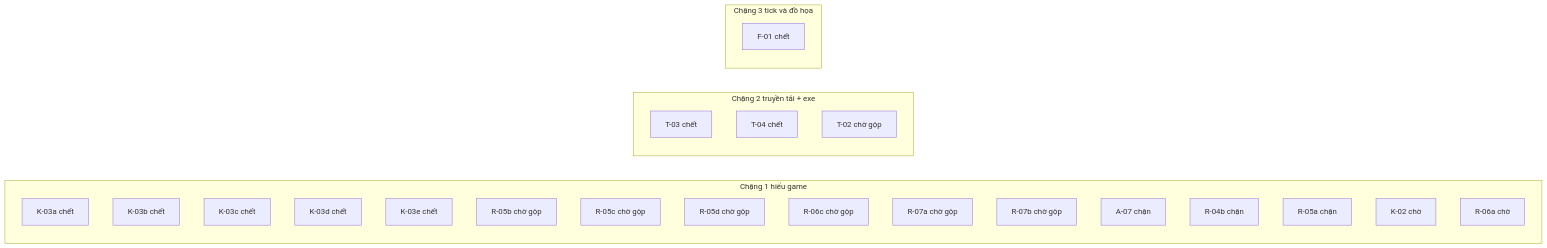
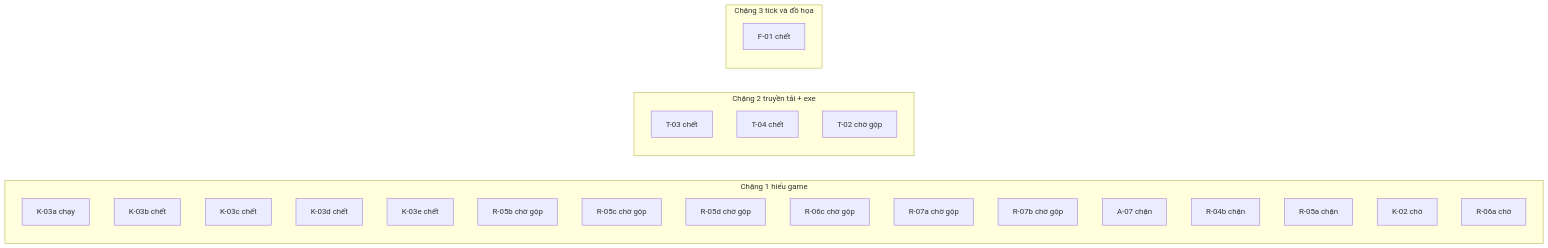
Before and after one commit to ndtangoss-dev/jx1-reports: the diagram in JX1_OPS/STATE/TIEN-DO.md, drawn with Mermaid. The commit also changed other lines of this file and 3 other files, not shown here.

````diff
--- a/JX1_OPS/STATE/TIEN-DO.md
+++ b/JX1_OPS/STATE/TIEN-DO.md
@@ -9,29 +9,29 @@
 ```mermaid
 flowchart LR
   subgraph S1["Chặng 1 hiểu game"]
-    K_03a["K-03a chết"]
+    K_03a["K-03a chạy"]
     K_03b["K-03b chết"]
     K_03c["K-03c chết"]
     K_03d["K-03d chết"]
     K_03e["K-03e chết"]
     R_05b["R-05b chờ gộp"]
     R_05c["R-05c chờ gộp"]
     R_05d["R-05d chờ gộp"]
     R_06c["R-06c chờ gộp"]
     R_07a["R-07a chờ gộp"]
     R_07b["R-07b chờ gộp"]
     A_07["A-07 chặn"]
     R_04b["R-04b chặn"]
     R_05a["R-05a chặn"]
     K_02["K-02 chờ"]
     R_06a["R-06a chờ"]
   end
   subgraph S2["Chặng 2 truyền tải + exe"]
     T_03["T-03 chết"]
     T_04["T-04 chết"]
     T_02["T-02 chờ gộp"]
   end
   subgraph S3["Chặng 3 tick và đồ họa"]
     F_01["F-01 chết"]
   end
 ```
````
